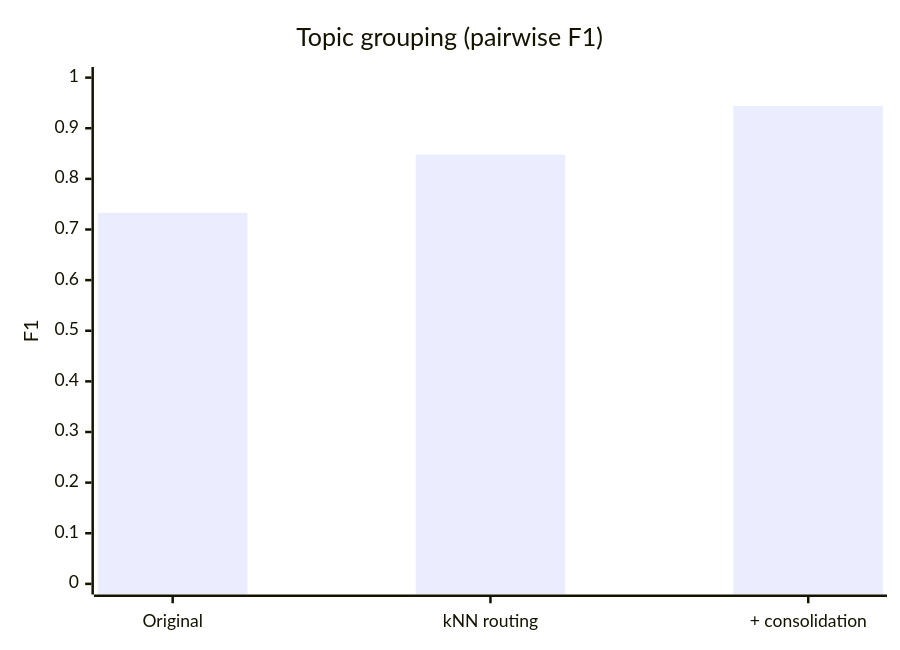
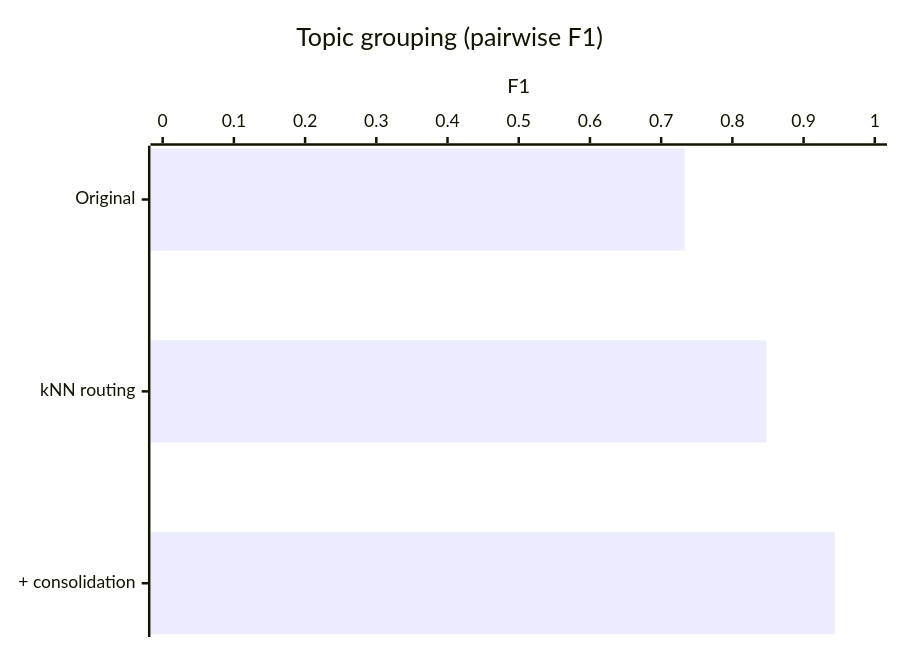
One commit to firecodespace/mint changed the ninth of 9 diagrams in README.md. Above: the diagram before and after it, drawn with Mermaid. The commit also changed other lines of this file, not shown here.

First line of the commit message:
Update README mermaid diagrams

````diff
--- a/README.md
+++ b/README.md
@@ -316,7 +323,7 @@
 ```mermaid
-xychart-beta
+xychart-beta horizontal
     title "Topic grouping (pairwise F1)"
     x-axis ["Original", "kNN routing", "+ consolidation"]
     y-axis "F1" 0 --> 1
     bar [0.733, 0.848, 0.944]
 ```
````
